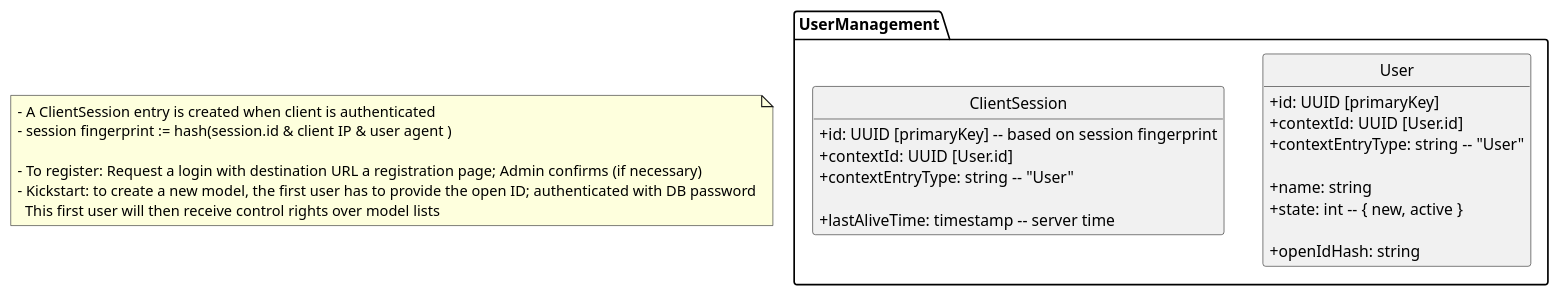
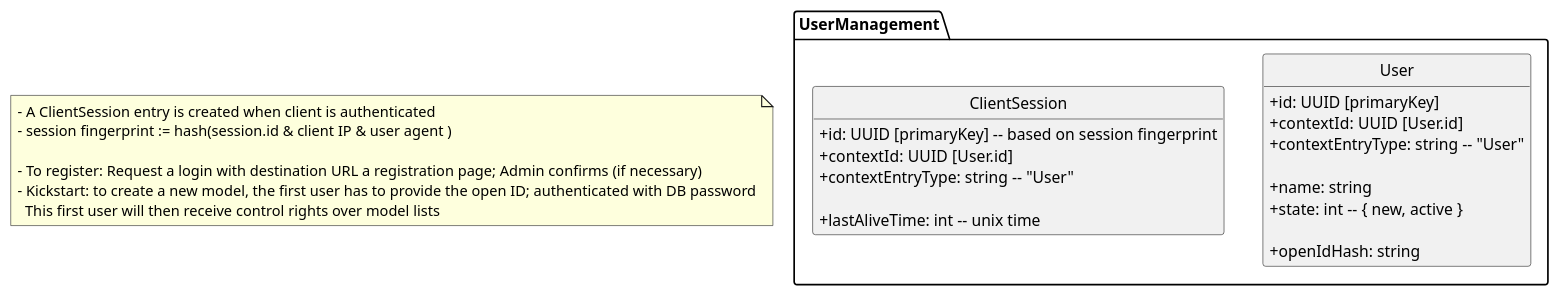
Before and after one commit to dertseha/eve-upro: the diagram in eve-upro/uml/DataBase_User.plantuml, drawn with PlantUML.

Commit message:
#16 lastAliveTime made int (time managed by PHP)

```diff
--- a/eve-upro/uml/DataBase_User.plantuml
+++ b/eve-upro/uml/DataBase_User.plantuml
@@ -1,38 +1,38 @@
 @startuml
 skinparam classAttributeIconSize 0
 hide empty members
 hide circle
 
 package UserManagement {
 
 class User {
    + id: UUID [primaryKey]
    + contextId: UUID [User.id]
    + contextEntryType: string -- "User"
 
    + name: string
    + state: int -- { new, active }
    
    + openIdHash: string
 }
 
 class ClientSession {
    + id: UUID [primaryKey] -- based on session fingerprint
    + contextId: UUID [User.id]
    + contextEntryType: string -- "User"
 
-   + lastAliveTime: timestamp -- server time
+   + lastAliveTime: int -- unix time
 }
 
 }
 
 note as note1
    - A ClientSession entry is created when client is authenticated
    - session fingerprint := hash(session.id & client IP & user agent )
    
    - To register: Request a login with destination URL a registration page; Admin confirms (if necessary)
    - Kickstart: to create a new model, the first user has to provide the open ID; authenticated with DB password
      This first user will then receive control rights over model lists 
 end note
 
 @enduml
```
